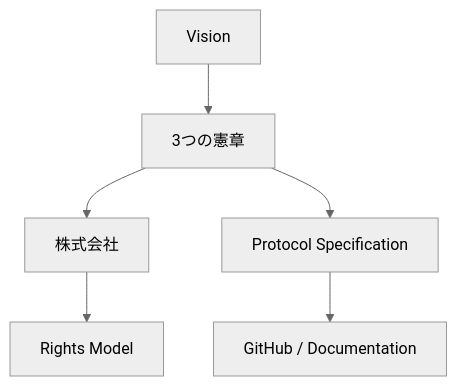
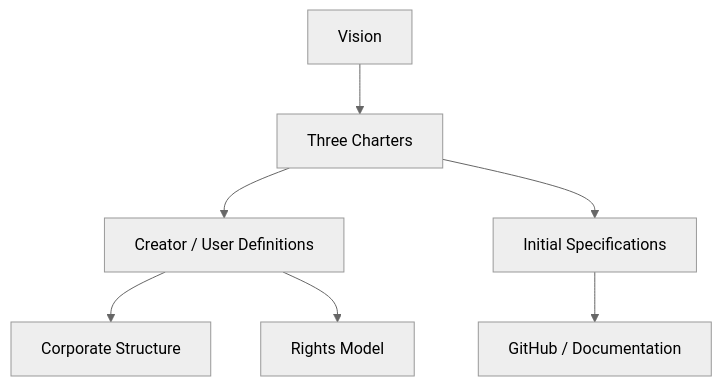
One commit to ShigeichiroYamasaki/creator-first-platform changed the fifth of 46 diagrams in docs/whitepaper/13-roadmap.md. Above: the diagram before and after it, drawn with Mermaid (neutral theme). The commit also changed other lines of this file, not shown here.

````diff
--- a/docs/whitepaper/13-roadmap.md
+++ b/docs/whitepaper/13-roadmap.md
@@ -110,15 +120,17 @@
 ```mermaid
 flowchart TD
     VISION[Vision]
-    CHARTER[3つの憲章]
-    CORP[株式会社]
+    CHARTER[Three Charters]
+    DEFINITIONS[Creator / User Definitions]
+    CORP[Corporate Structure]
     RIGHTS[Rights Model]
-    SPEC[Protocol Specification]
+    SPEC[Initial Specifications]
     REPO[GitHub / Documentation]
 
     VISION --> CHARTER
-    CHARTER --> CORP
+    CHARTER --> DEFINITIONS
+    DEFINITIONS --> CORP
+    DEFINITIONS --> RIGHTS
     CHARTER --> SPEC
-    CORP --> RIGHTS
     SPEC --> REPO
 ```
````
